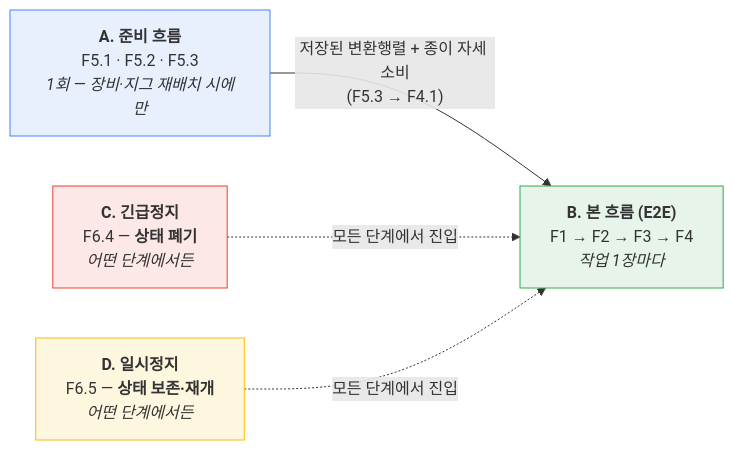
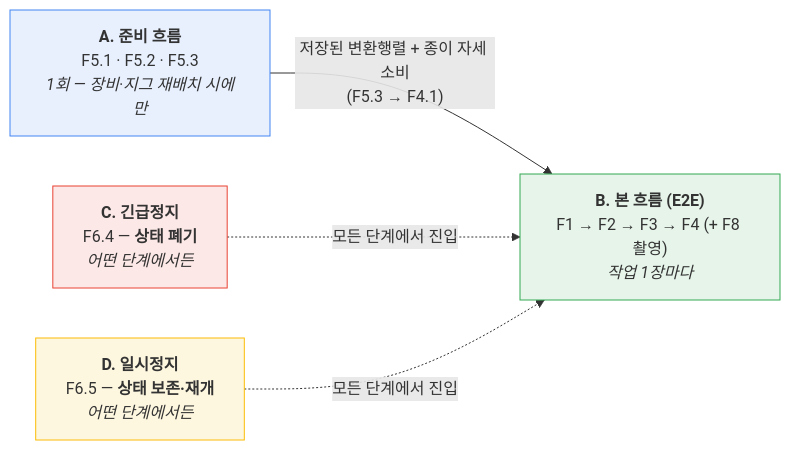
The first of 8 diagrams in docs/Process Flow.md (MarkCheon25/Nyang_Nyang_Atlier), drawn with Mermaid before and after one commit. The commit also changed other lines of this file and 9 other files, not shown here.

````diff
--- a/docs/Process Flow.md
+++ b/docs/Process Flow.md
@@ -19,16 +19,16 @@
 ```mermaid
 flowchart LR
     PREP["<b>A. 준비 흐름</b><br/>F5.1 · F5.2 · F5.3<br/><i>1회 — 장비·지그 재배치 시에만</i>"]
-    MAIN["<b>B. 본 흐름 (E2E)</b><br/>F1 → F2 → F3 → F4<br/><i>작업 1장마다</i>"]
+    MAIN["<b>B. 본 흐름 (E2E)</b><br/>F1 → F2 → F3 → F4 (+ F8 촬영)<br/><i>작업 1장마다</i>"]
     ESTOP["<b>C. 긴급정지</b><br/>F6.4 — <b>상태 폐기</b><br/><i>어떤 단계에서든</i>"]
     PAUSE["<b>D. 일시정지</b><br/>F6.5 — <b>상태 보존·재개</b><br/><i>어떤 단계에서든</i>"]
 
     PREP -->|"저장된 변환행렬 + 종이 자세 소비<br/>(F5.3 → F4.1)"| MAIN
     ESTOP -.->|"모든 단계에서 진입"| MAIN
     PAUSE -.->|"모든 단계에서 진입"| MAIN
 
     style PREP fill:#e8f0fe,stroke:#4285f4
     style MAIN fill:#e6f4ea,stroke:#34a853
     style ESTOP fill:#fce8e6,stroke:#ea4335
     style PAUSE fill:#fef7e0,stroke:#fbbc04
 ```
````
